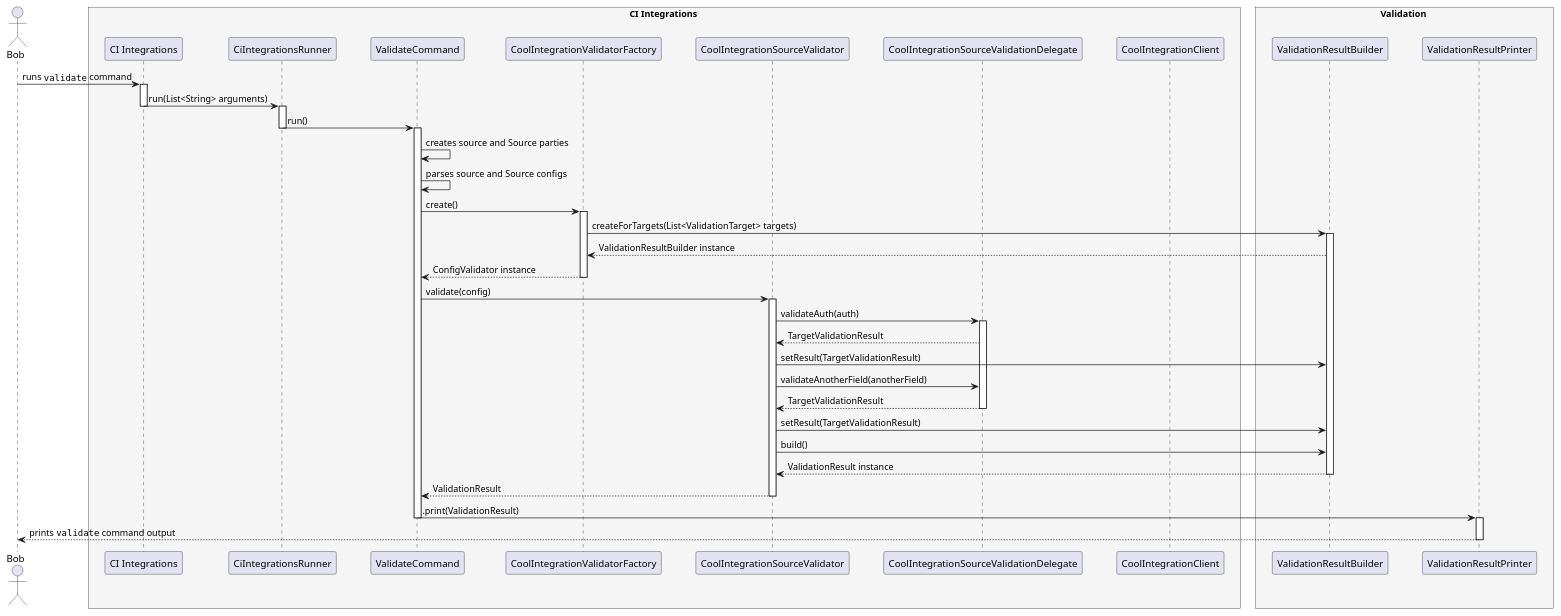
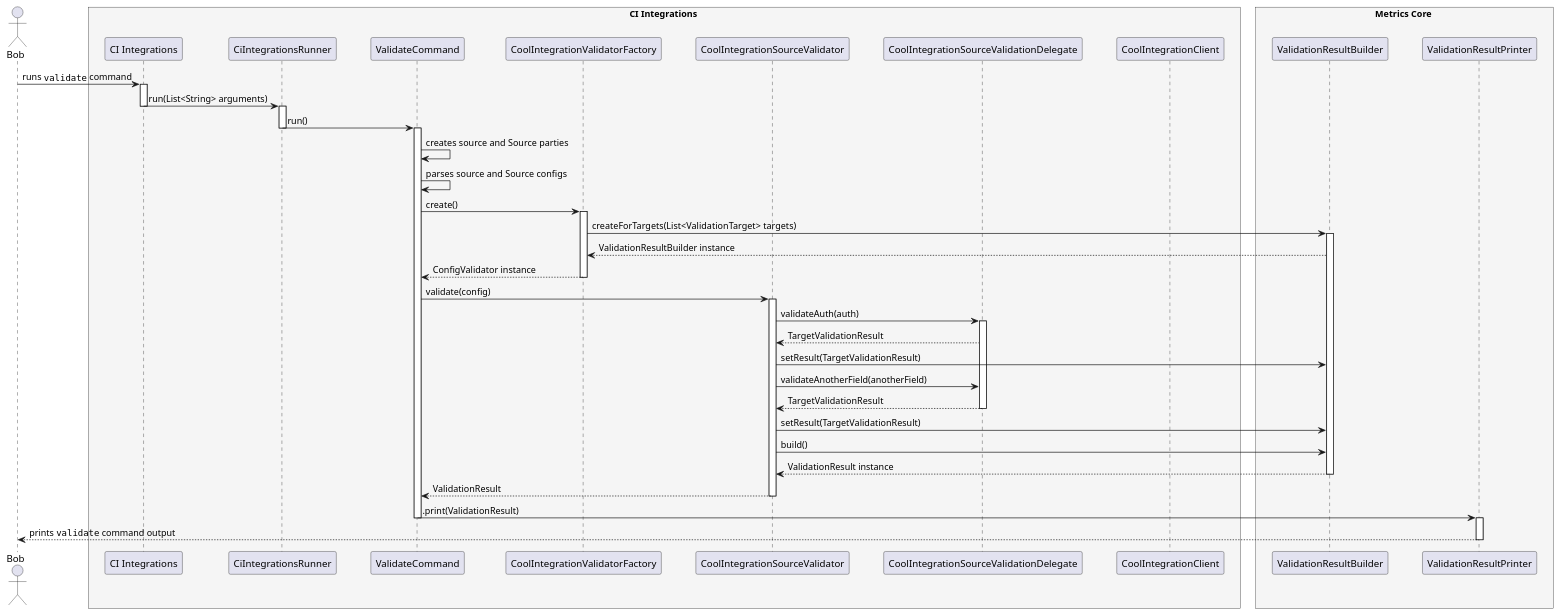
Before and after one commit to Flank/flank-dashboard: the diagram in metrics/cli/docs/features/doctor_output_improvements/diagrams/ci_integrations_validator_sequence_diagram.puml, drawn with PlantUML. The commit also changed 7 other files, not shown here.

Commit message:
Add validation package to metrics core

```diff
--- a/metrics/cli/docs/features/doctor_output_improvements/diagrams/ci_integrations_validator_sequence_diagram.puml
+++ b/metrics/cli/docs/features/doctor_output_improvements/diagrams/ci_integrations_validator_sequence_diagram.puml
@@ -1,82 +1,82 @@
 @startuml config_validator_sequence_diagram
 
 skinparam ParticipantPadding 20
 skinparam BoxPadding 10
 
 actor Bob
 
 box CI Integrations #whiteSmoke
 
 participant "CI Integrations"
 participant CiIntegrationsRunner
 participant ValidateCommand
 participant CoolIntegrationValidatorFactory
 participant CoolIntegrationSourceValidator
 participant CoolIntegrationSourceValidationDelegate
 participant CoolIntegrationClient
 
 end box
 
-box Validation #whiteSmoke
+box Metrics Core #whiteSmoke
 
 participant ValidationResultBuilder
 participant ValidationResultPrinter
 
 end box
 
 Bob -> "CI Integrations" : runs ""validate"" command
 activate "CI Integrations"
 
 "CI Integrations" -> CiIntegrationsRunner: run(List<String> arguments)
 deactivate "CI Integrations"
 activate CiIntegrationsRunner
 
 CiIntegrationsRunner -> ValidateCommand: run()
 deactivate CiIntegrationsRunner
 activate ValidateCommand
 
 ValidateCommand -> ValidateCommand : creates source and Source parties
 ValidateCommand -> ValidateCommand : parses source and Source configs
 
 ValidateCommand -> CoolIntegrationValidatorFactory : create()
 activate CoolIntegrationValidatorFactory
 
 CoolIntegrationValidatorFactory -> ValidationResultBuilder : createForTargets(List<ValidationTarget> targets)
 activate ValidationResultBuilder
 
 ValidationResultBuilder --> CoolIntegrationValidatorFactory : ValidationResultBuilder instance
 
 CoolIntegrationValidatorFactory --> ValidateCommand : ConfigValidator instance
 deactivate CoolIntegrationValidatorFactory
 
 ValidateCommand -> CoolIntegrationSourceValidator : validate(config)
 activate CoolIntegrationSourceValidator
 
 CoolIntegrationSourceValidator -> CoolIntegrationSourceValidationDelegate : validateAuth(auth)
 activate CoolIntegrationSourceValidationDelegate
 
 CoolIntegrationSourceValidationDelegate --> CoolIntegrationSourceValidator : TargetValidationResult
 CoolIntegrationSourceValidator -> ValidationResultBuilder : setResult(TargetValidationResult)
 
 CoolIntegrationSourceValidator -> CoolIntegrationSourceValidationDelegate : validateAnotherField(anotherField)
 deactivate CoolIntegrationClient
 
 CoolIntegrationSourceValidationDelegate --> CoolIntegrationSourceValidator : TargetValidationResult
 deactivate CoolIntegrationSourceValidationDelegate
 
 CoolIntegrationSourceValidator -> ValidationResultBuilder : setResult(TargetValidationResult)
 CoolIntegrationSourceValidator -> ValidationResultBuilder : build()
 ValidationResultBuilder --> CoolIntegrationSourceValidator : ValidationResult instance
 deactivate ValidationResultBuilder
 
 CoolIntegrationSourceValidator --> ValidateCommand : ValidationResult
 deactivate CoolIntegrationSourceValidator
 
 ValidateCommand -> ValidationResultPrinter : .print(ValidationResult)
 deactivate ValidateCommand
 activate ValidationResultPrinter
 
 ValidationResultPrinter --> Bob : prints ""validate"" command output
 deactivate ValidationResultPrinter
 
 @enduml
```
